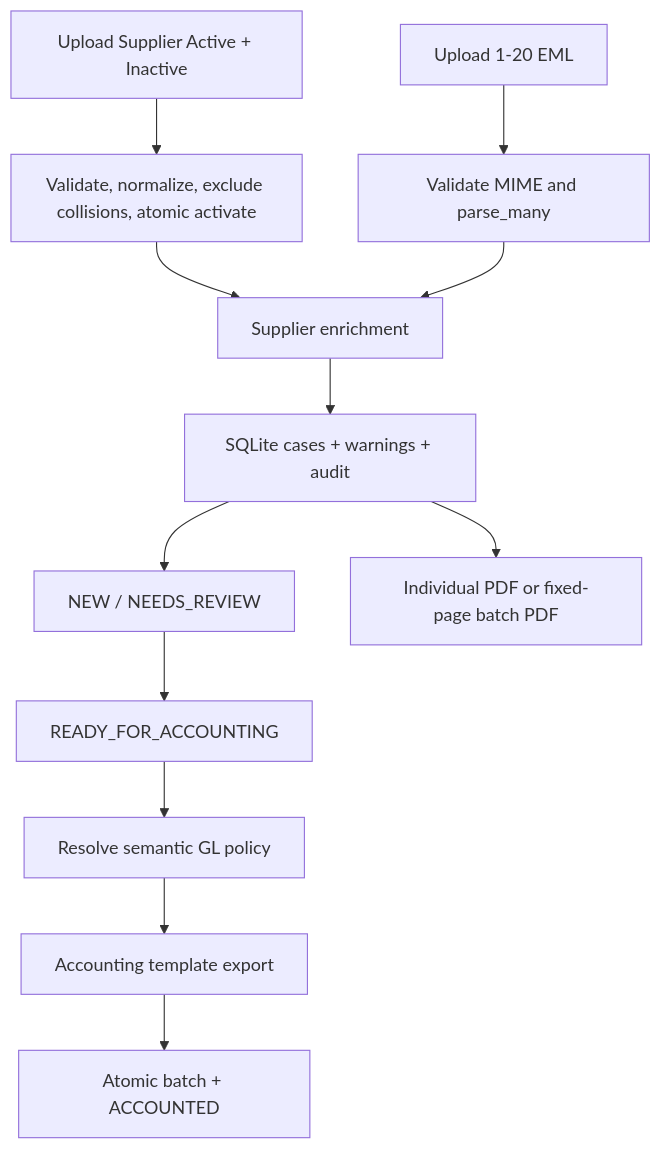
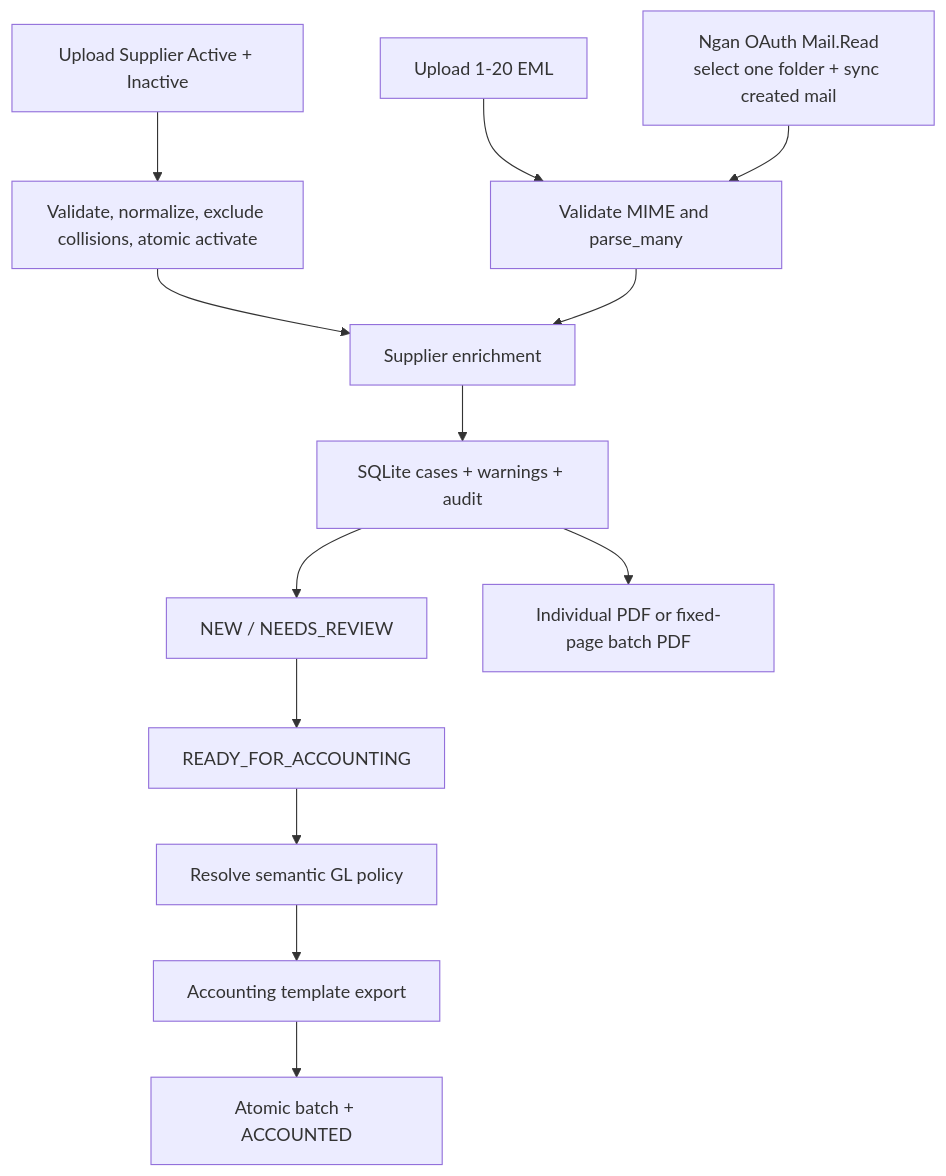
The second of 4 diagrams in PROJECT_CONTEXT.md (AnhLNQ2202/DEN-BU-HU-HONG-THIET-BI), drawn with Mermaid before and after one commit. The commit also changed other lines of this file and 49 other files, not shown here.

````diff
--- a/PROJECT_CONTEXT.md
+++ b/PROJECT_CONTEXT.md
@@ -175,14 +187,15 @@
 ```mermaid
 flowchart TD
     SUP["Upload Supplier Active + Inactive"] --> DIR["Validate, normalize, exclude collisions, atomic activate"]
     EML["Upload 1-20 EML"] --> PARSE["Validate MIME and parse_many"]
+    M365["Ngan OAuth Mail.Read\nselect one folder + sync created mail"] --> PARSE
     DIR --> ENRICH["Supplier enrichment"]
     PARSE --> ENRICH
     ENRICH --> CASES["SQLite cases + warnings + audit"]
     CASES --> REVIEW["NEW / NEEDS_REVIEW"]
     REVIEW --> READY["READY_FOR_ACCOUNTING"]
     READY --> POLICY["Resolve semantic GL policy"]
     POLICY --> XLS["Accounting template export"]
     XLS --> ACCOUNTED["Atomic batch + ACCOUNTED"]
     CASES --> PDF["Individual PDF or fixed-page batch PDF"]
 ```
````
